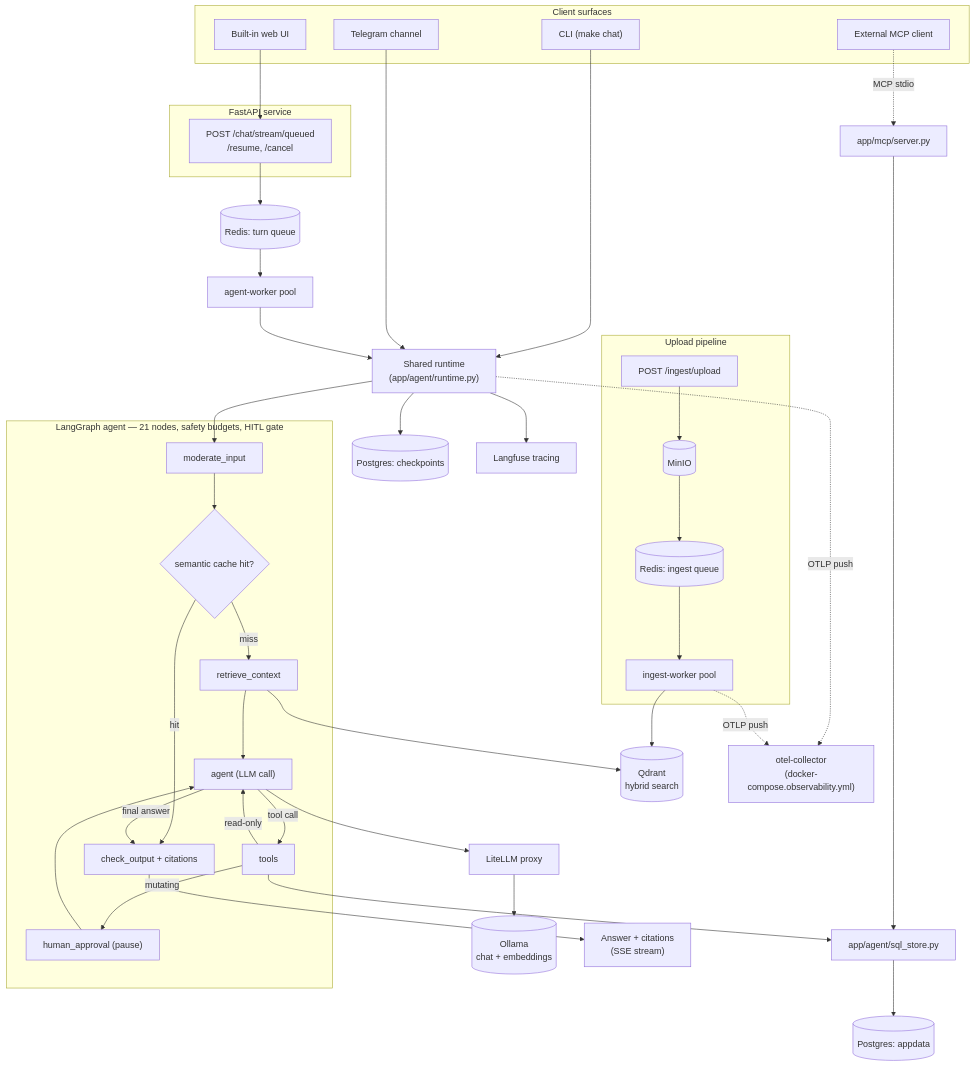
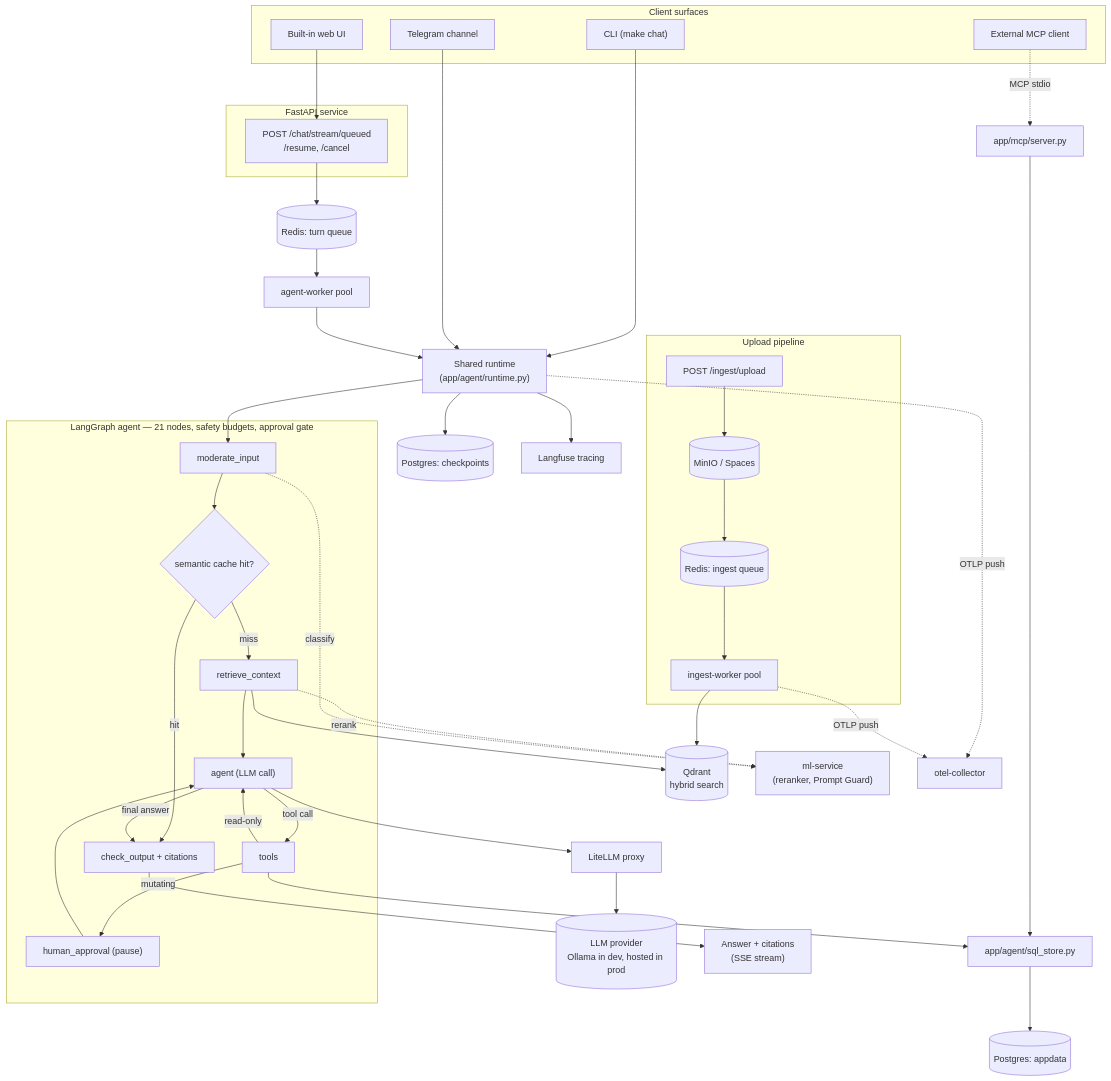
Before and after one commit to truongpx396/agent-core-demo: the diagram in README.md, drawn with Mermaid. The commit also changed other lines of this file and 1 other file, not shown here.

First line of the commit message:
docs: rewrite README and GRAPH_PATTERNS.md to be concise and no longer local-only (#116)

````diff
--- a/README.md
+++ b/README.md
@@ -50,60 +37,62 @@
 ```mermaid
 flowchart TB
     subgraph clients_sg["Client surfaces"]
         CLI["CLI (make chat)"]
         WebUI["Built-in web UI"]
         Telegram["Telegram channel"]
         ExtMCP["External MCP client"]
     end
 
     subgraph api_sg["FastAPI service"]
         Queued["POST /chat/stream/queued<br/>/resume, /cancel"]
     end
 
     CLI --> Runtime["Shared runtime<br/>(app/agent/runtime.py)"]
     WebUI --> Queued
     Telegram --> Runtime
     ExtMCP -. MCP stdio .-> MCPServer["app/mcp/server.py"]
 
     Queued --> TurnQueue[("Redis: turn queue")]
     TurnQueue --> AgentWorker["agent-worker pool"]
     AgentWorker --> Runtime
 
     Runtime --> Moderate
 
-    subgraph agent_sg["LangGraph agent — 21 nodes, safety budgets, HITL gate"]
+    subgraph agent_sg["LangGraph agent — 21 nodes, safety budgets, approval gate"]
         Moderate["moderate_input"]
         CacheCheck{"semantic cache hit?"}
         Retrieve["retrieve_context"]
         AgentNode["agent (LLM call)"]
         ToolsNode["tools"]
         HITL["human_approval (pause)"]
         Output["check_output + citations"]
     end
 
     Moderate --> CacheCheck
     CacheCheck -- miss --> Retrieve --> AgentNode
     CacheCheck -- hit --> Output
     AgentNode -- tool call --> ToolsNode
     ToolsNode -- mutating --> HITL --> AgentNode
     ToolsNode -- read-only --> AgentNode
     AgentNode -- final answer --> Output
 
     MCPServer --> SQL["app/agent/sql_store.py"]
     ToolsNode --> SQL
     SQL --> Postgres[("Postgres: appdata")]
     Retrieve --> Qdrant[("Qdrant<br/>hybrid search")]
-    AgentNode --> LiteLLM["LiteLLM proxy"] --> Ollama[("Ollama<br/>chat + embeddings")]
+    Retrieve -. rerank .-> MLService["ml-service<br/>(reranker, Prompt Guard)"]
+    Moderate -. classify .-> MLService
+    AgentNode --> LiteLLM["LiteLLM proxy"] --> LLM[("LLM provider<br/>Ollama in dev, hosted in prod")]
     Runtime --> Checkpointer[("Postgres: checkpoints")]
     Runtime --> Langfuse["Langfuse tracing"]
-    Runtime -. OTLP push .-> OtelCollector["otel-collector<br/>(docker-compose.observability.yml)"]
+    Runtime -. OTLP push .-> OtelCollector["otel-collector"]
     Output --> ClientResponse["Answer + citations<br/>(SSE stream)"]
 
     subgraph ingest_sg["Upload pipeline"]
-        UploadEP["POST /ingest/upload"] --> MinIO[("MinIO")]
-        MinIO --> IngestQueue[("Redis: ingest queue")]
+        UploadEP["POST /ingest/upload"] --> ObjectStore[("MinIO / Spaces")]
+        ObjectStore --> IngestQueue[("Redis: ingest queue")]
         IngestQueue --> IngestWorker["ingest-worker pool"]
     end
     IngestWorker --> Qdrant
     IngestWorker -. OTLP push .-> OtelCollector
 ```
````
